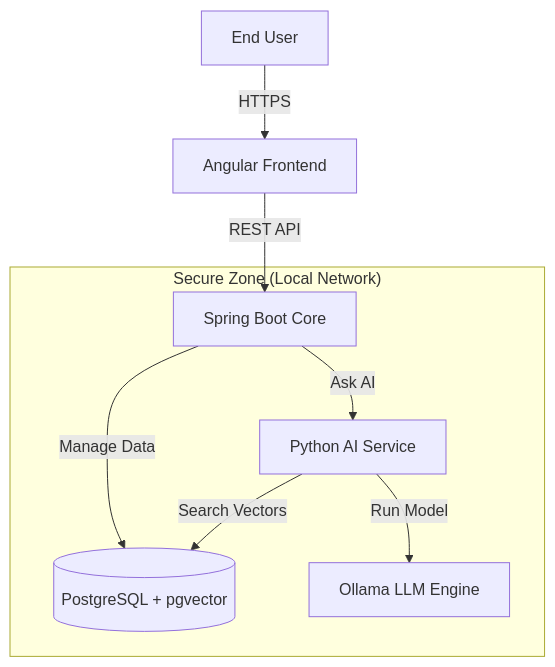
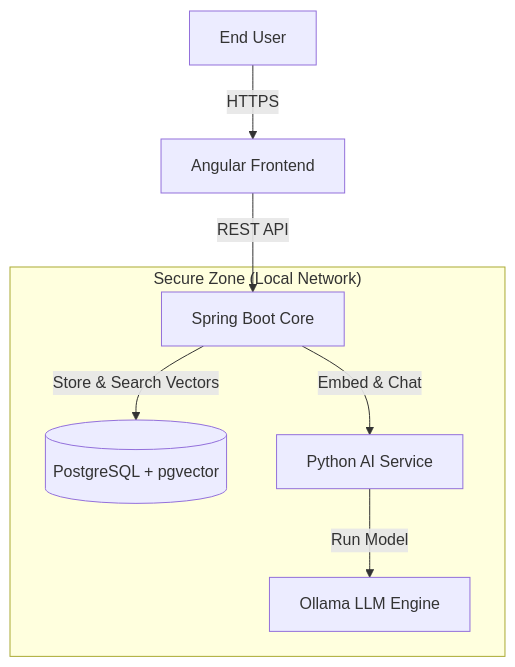
The diagram in README.md (m4rc0z/securedoc-project), drawn with Mermaid before and after one commit. The commit also changed other lines of this file and 82 other files, not shown here.

````diff
--- a/README.md
+++ b/README.md
@@ -16,12 +16,11 @@
 ```mermaid
 graph TD
     User[End User] -->|HTTPS| Frontend[Angular Frontend]
     Frontend -->|REST API| Backend[Spring Boot Core]
     
     subgraph "Secure Zone (Local Network)"
-        Backend -->|Manage Data| DB[(PostgreSQL + pgvector)]
-        Backend -->|Ask AI| AIService[Python AI Service]
+        Backend -->|Store & Search Vectors| DB[(PostgreSQL + pgvector)]
+        Backend -->|Embed & Chat| AIService[Python AI Service]
         AIService -->|Run Model| Ollama[Ollama LLM Engine]
-        AIService -->|Search Vectors| DB
     end
 ```
````
